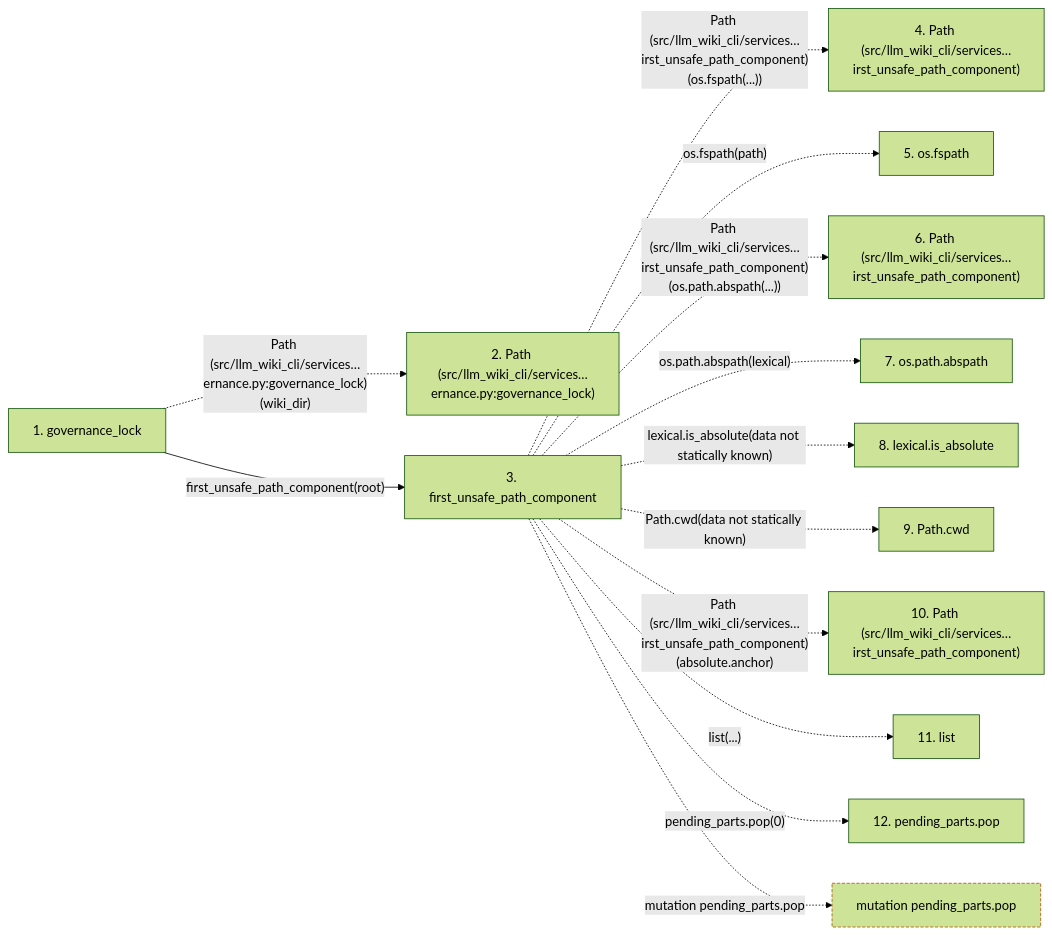
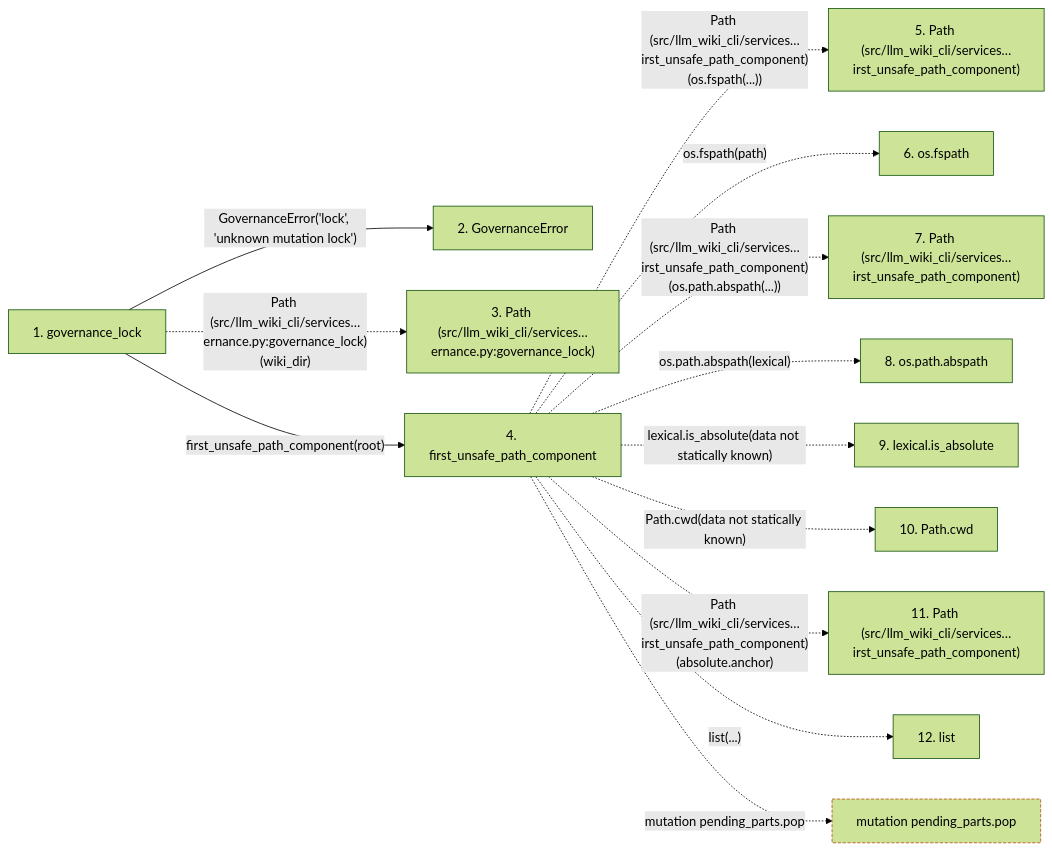
Before and after one commit to Denissvgn/python-wiki-llm: the second of 2 diagrams in docs/llm_wiki/flows/api-governance_lock.md, drawn with Mermaid (forest theme). The commit also changed other lines of this file and 865 other files, not shown here.

````diff
--- a/docs/llm_wiki/flows/api-governance_lock.md
+++ b/docs/llm_wiki/flows/api-governance_lock.md
@@ -70,32 +69,33 @@
 ```mermaid
 flowchart LR
     s1["1. governance_lock"]
-    s2["2. Path (src/llm_wiki_cli/services…ernance.py:governance_lock)"]
-    s3["3. first_unsafe_path_component"]
-    s4["4. Path (src/llm_wiki_cli/services…irst_unsafe_path_component)"]
-    s5["5. os.fspath"]
-    s6["6. Path (src/llm_wiki_cli/services…irst_unsafe_path_component)"]
-    s7["7. os.path.abspath"]
-    s8["8. lexical.is_absolute"]
-    s9["9. Path.cwd"]
-    s10["10. Path (src/llm_wiki_cli/services…irst_unsafe_path_component)"]
-    s11["11. list"]
-    s12["12. pending_parts.pop"]
-    s1 -. "Path (src/llm_wiki_cli/services…ernance.py:governance_lock)(wiki_dir)" .-> s2
-    s1 -->|"first_unsafe_path_component(root)"| s3
-    s3 -. "Path (src/llm_wiki_cli/services…irst_unsafe_path_component)(os.fspath(...))" .-> s4
-    s3 -. "os.fspath(path)" .-> s5
-    s3 -. "Path (src/llm_wiki_cli/services…irst_unsafe_path_component)(os.path.abspath(...))" .-> s6
-    s3 -. "os.path.abspath(lexical)" .-> s7
-    s3 -. "lexical.is_absolute(data not statically known)" .-> s8
-    s3 -. "Path.cwd(data not statically known)" .-> s9
-    s3 -. "Path (src/llm_wiki_cli/services…irst_unsafe_path_component)(absolute.anchor)" .-> s10
-    s3 -. "list(...)" .-> s11
-    s3 -. "pending_parts.pop(0)" .-> s12
+    s2["2. GovernanceError"]
+    s3["3. Path (src/llm_wiki_cli/services…ernance.py:governance_lock)"]
+    s4["4. first_unsafe_path_component"]
+    s5["5. Path (src/llm_wiki_cli/services…irst_unsafe_path_component)"]
+    s6["6. os.fspath"]
+    s7["7. Path (src/llm_wiki_cli/services…irst_unsafe_path_component)"]
+    s8["8. os.path.abspath"]
+    s9["9. lexical.is_absolute"]
+    s10["10. Path.cwd"]
+    s11["11. Path (src/llm_wiki_cli/services…irst_unsafe_path_component)"]
+    s12["12. list"]
+    s1 -->|"GovernanceError('lock', 'unknown mutation lock')"| s2
+    s1 -. "Path (src/llm_wiki_cli/services…ernance.py:governance_lock)(wiki_dir)" .-> s3
+    s1 -->|"first_unsafe_path_component(root)"| s4
+    s4 -. "Path (src/llm_wiki_cli/services…irst_unsafe_path_component)(os.fspath(...))" .-> s5
+    s4 -. "os.fspath(path)" .-> s6
+    s4 -. "Path (src/llm_wiki_cli/services…irst_unsafe_path_component)(os.path.abspath(...))" .-> s7
+    s4 -. "os.path.abspath(lexical)" .-> s8
+    s4 -. "lexical.is_absolute(data not statically known)" .-> s9
+    s4 -. "Path.cwd(data not statically known)" .-> s10
+    s4 -. "Path (src/llm_wiki_cli/services…irst_unsafe_path_component)(absolute.anchor)" .-> s11
+    s4 -. "list(...)" .-> s12
     b0["mutation pending_parts.pop"]
-    s3 -. "mutation pending_parts.pop" .-> b0
+    s4 -. "mutation pending_parts.pop" .-> b0
     click s1 "../modules/knowledge_governance.md"
-    click s3 "../modules/io.md"
+    click s2 "../modules/knowledge_governance.md"
+    click s4 "../modules/io.md"
     classDef boundary stroke:#b45309,stroke-dasharray: 4 2
     class b0 boundary
 ```
````
